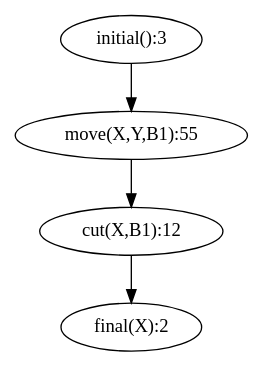
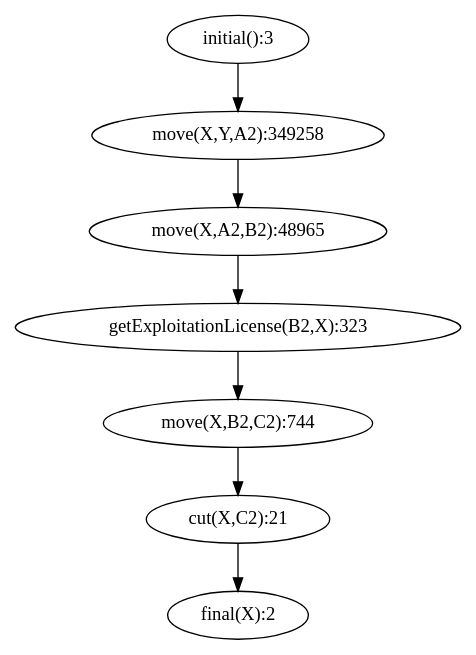
The diagram in output/simplified.png.dot (tokyramarozaka/mimosa-iriela-extension), drawn with Graphviz before and after one commit. The commit also changed 15 other files, not shown here.

```diff
--- a/output/simplified.png.dot
+++ b/output/simplified.png.dot
@@ -1,5 +1,8 @@
 digraph G { 
-  "initial():3" -> "move(X,Y,B1):55";
-  "cut(X,B1):12" -> "final(X):2";
-  "move(X,Y,B1):55" -> "cut(X,B1):12";
+  "initial():3" -> "move(X,Y,A2):349258";
+  "cut(X,C2):21" -> "final(X):2";
+  "getExploitationLicense(B2,X):323" -> "move(X,B2,C2):744";
+  "move(X,B2,C2):744" -> "cut(X,C2):21";
+  "move(X,A2,B2):48965" -> "getExploitationLicense(B2,X):323";
+  "move(X,Y,A2):349258" -> "move(X,A2,B2):48965";
 }
```
